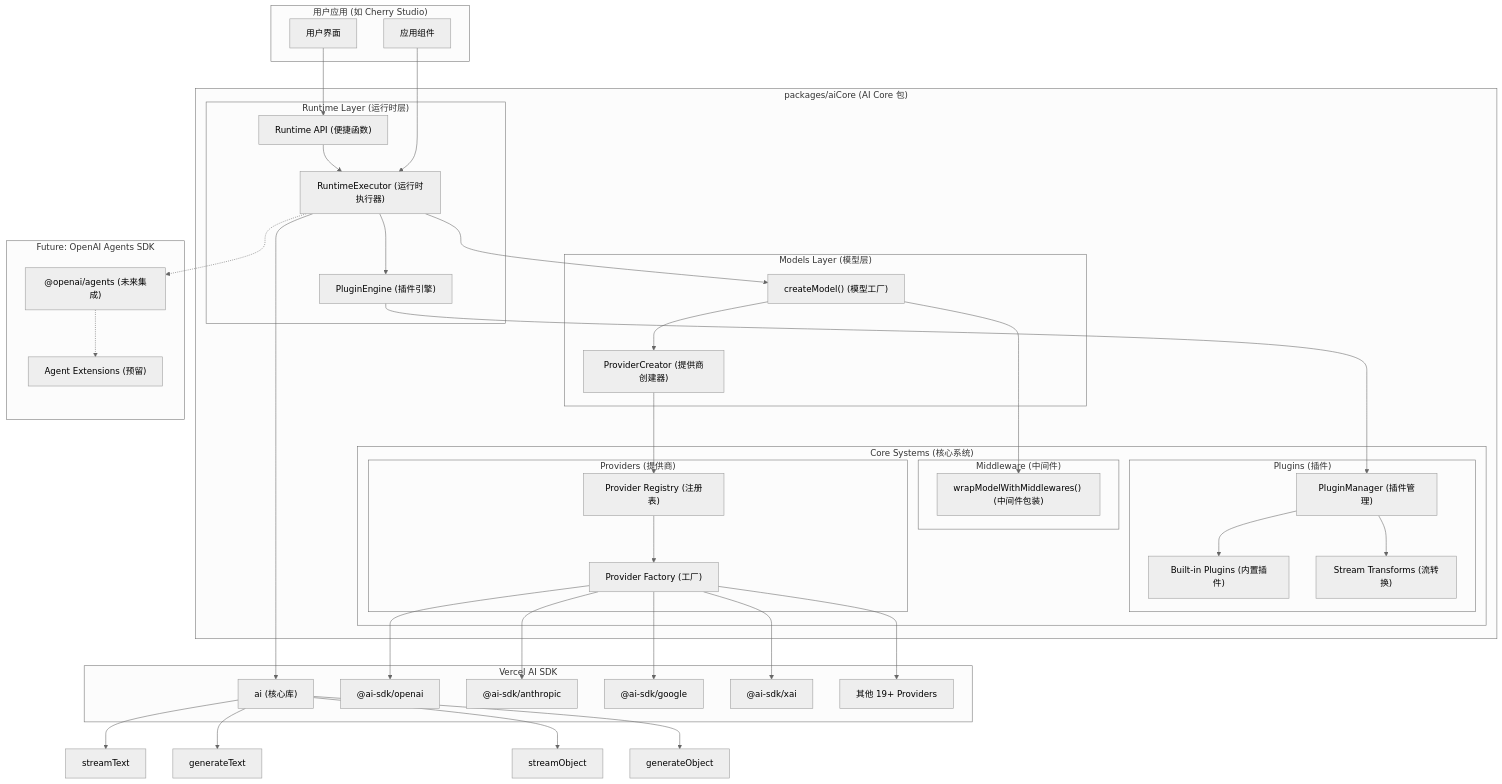
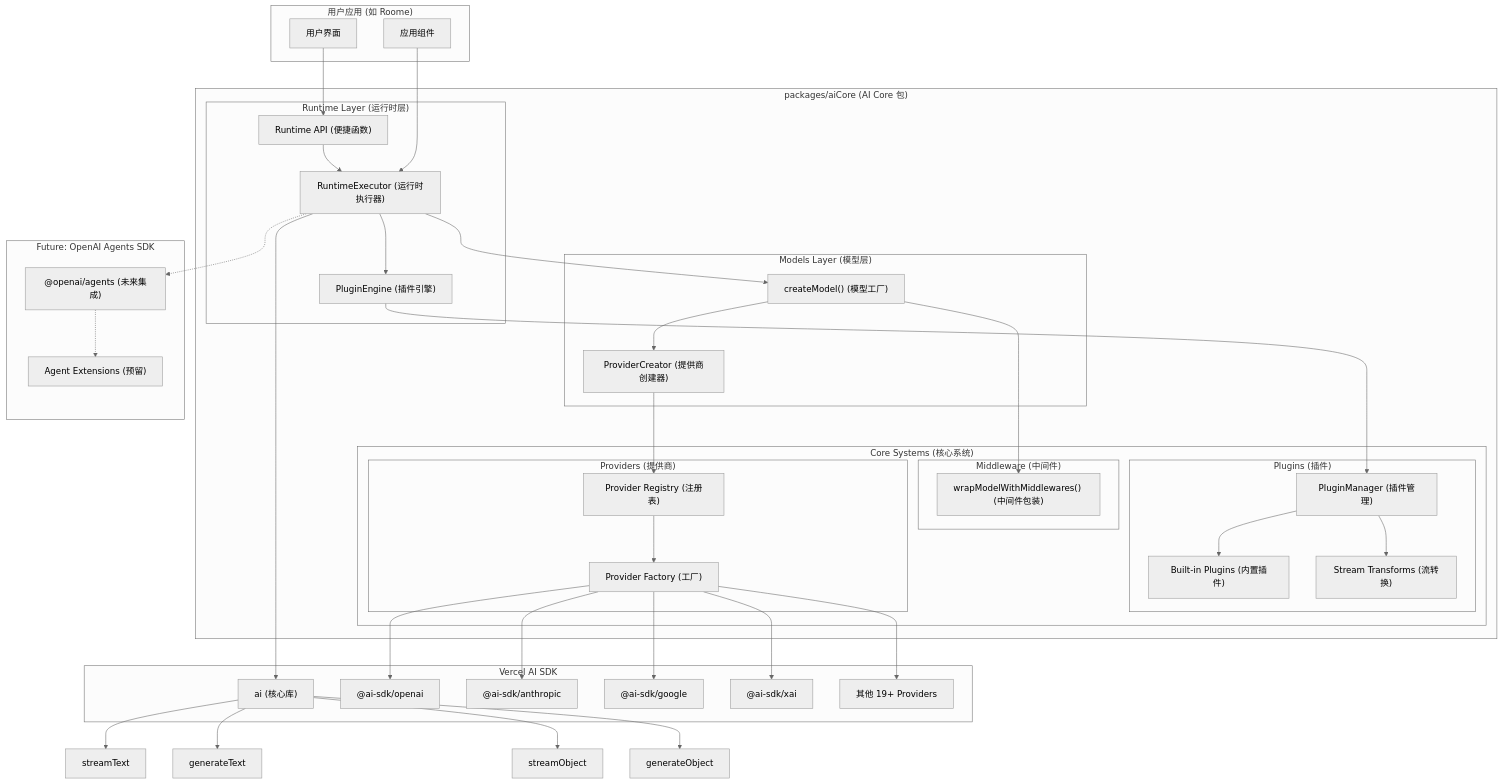
One commit to jsjm1986/cherry-studio changed the diagram in packages/aiCore/AI_SDK_ARCHITECTURE.md. Above: the diagram before and after it, drawn with Mermaid (neutral theme). The commit also changed 102 other files, not shown here.

````diff
--- a/packages/aiCore/AI_SDK_ARCHITECTURE.md
+++ b/packages/aiCore/AI_SDK_ARCHITECTURE.md
@@ -29,80 +29,80 @@
 ```mermaid
 graph TD
-    subgraph "用户应用 (如 Cherry Studio)"
+    subgraph "用户应用 (如 Roome)"
         UI["用户界面"]
         Components["应用组件"]
     end
 
     subgraph "packages/aiCore (AI Core 包)"
         subgraph "Runtime Layer (运行时层)"
             RuntimeExecutor["RuntimeExecutor (运行时执行器)"]
             PluginEngine["PluginEngine (插件引擎)"]
             RuntimeAPI["Runtime API (便捷函数)"]
         end
 
         subgraph "Models Layer (模型层)"
             ModelFactory["createModel() (模型工厂)"]
             ProviderCreator["ProviderCreator (提供商创建器)"]
         end
 
         subgraph "Core Systems (核心系统)"
             subgraph "Plugins (插件)"
                 PluginManager["PluginManager (插件管理)"]
                 BuiltInPlugins["Built-in Plugins (内置插件)"]
                 StreamTransforms["Stream Transforms (流转换)"]
             end
 
             subgraph "Middleware (中间件)"
                 MiddlewareWrapper["wrapModelWithMiddlewares() (中间件包装)"]
             end
 
             subgraph "Providers (提供商)"
                 Registry["Provider Registry (注册表)"]
                 Factory["Provider Factory (工厂)"]
             end
         end
     end
 
     subgraph "Vercel AI SDK"
         AICore["ai (核心库)"]
         OpenAI["@ai-sdk/openai"]
         Anthropic["@ai-sdk/anthropic"]
         Google["@ai-sdk/google"]
         XAI["@ai-sdk/xai"]
         Others["其他 19+ Providers"]
     end
 
     subgraph "Future: OpenAI Agents SDK"
         AgentSDK["@openai/agents (未来集成)"]
         AgentExtensions["Agent Extensions (预留)"]
     end
 
     UI --> RuntimeAPI
     Components --> RuntimeExecutor
     RuntimeAPI --> RuntimeExecutor
     RuntimeExecutor --> PluginEngine
     RuntimeExecutor --> ModelFactory
     PluginEngine --> PluginManager
     ModelFactory --> ProviderCreator
     ModelFactory --> MiddlewareWrapper
     ProviderCreator --> Registry
     Registry --> Factory
     Factory --> OpenAI
     Factory --> Anthropic
     Factory --> Google
     Factory --> XAI
     Factory --> Others
 
     RuntimeExecutor --> AICore
     AICore --> streamText
     AICore --> generateText
     AICore --> streamObject
     AICore --> generateObject
 
     PluginManager --> StreamTransforms
     PluginManager --> BuiltInPlugins
 
     %% 未来集成路径
     RuntimeExecutor -.-> AgentSDK
     AgentSDK -.-> AgentExtensions
 ```
````
